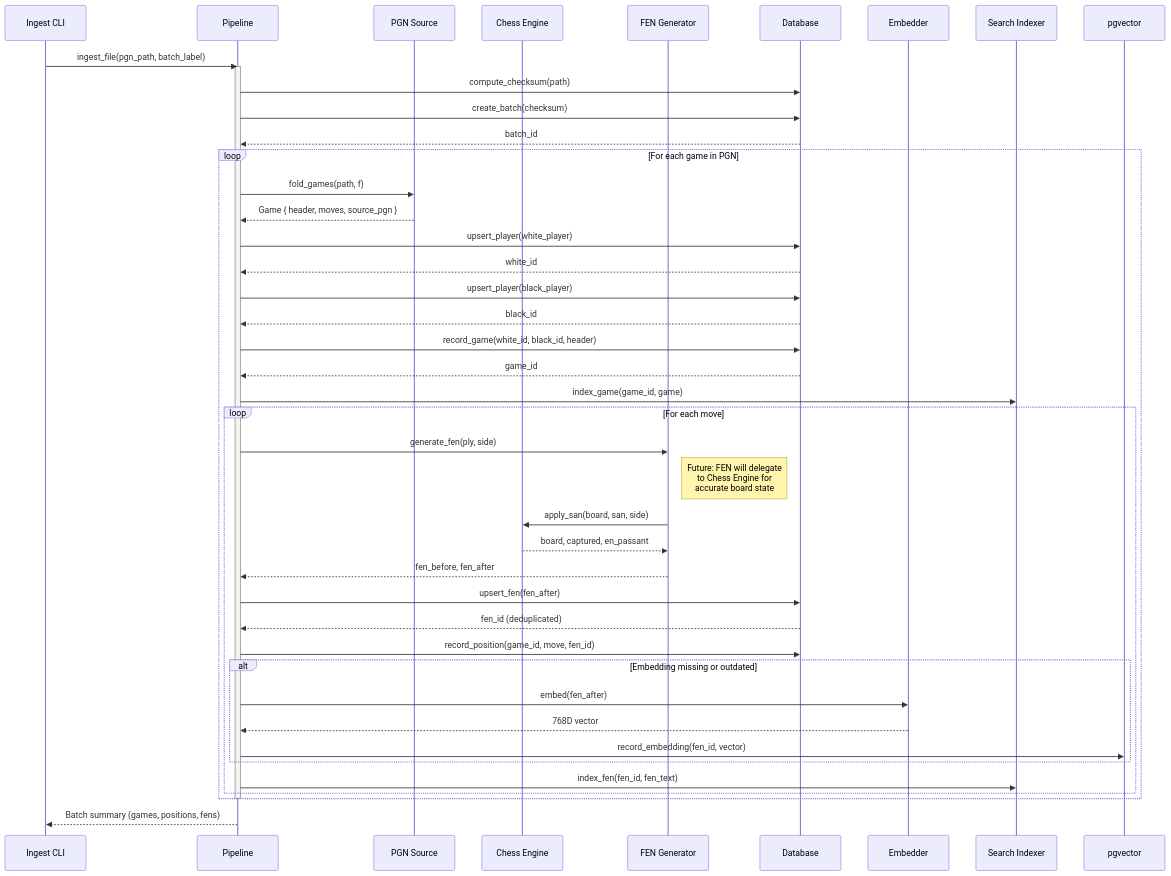
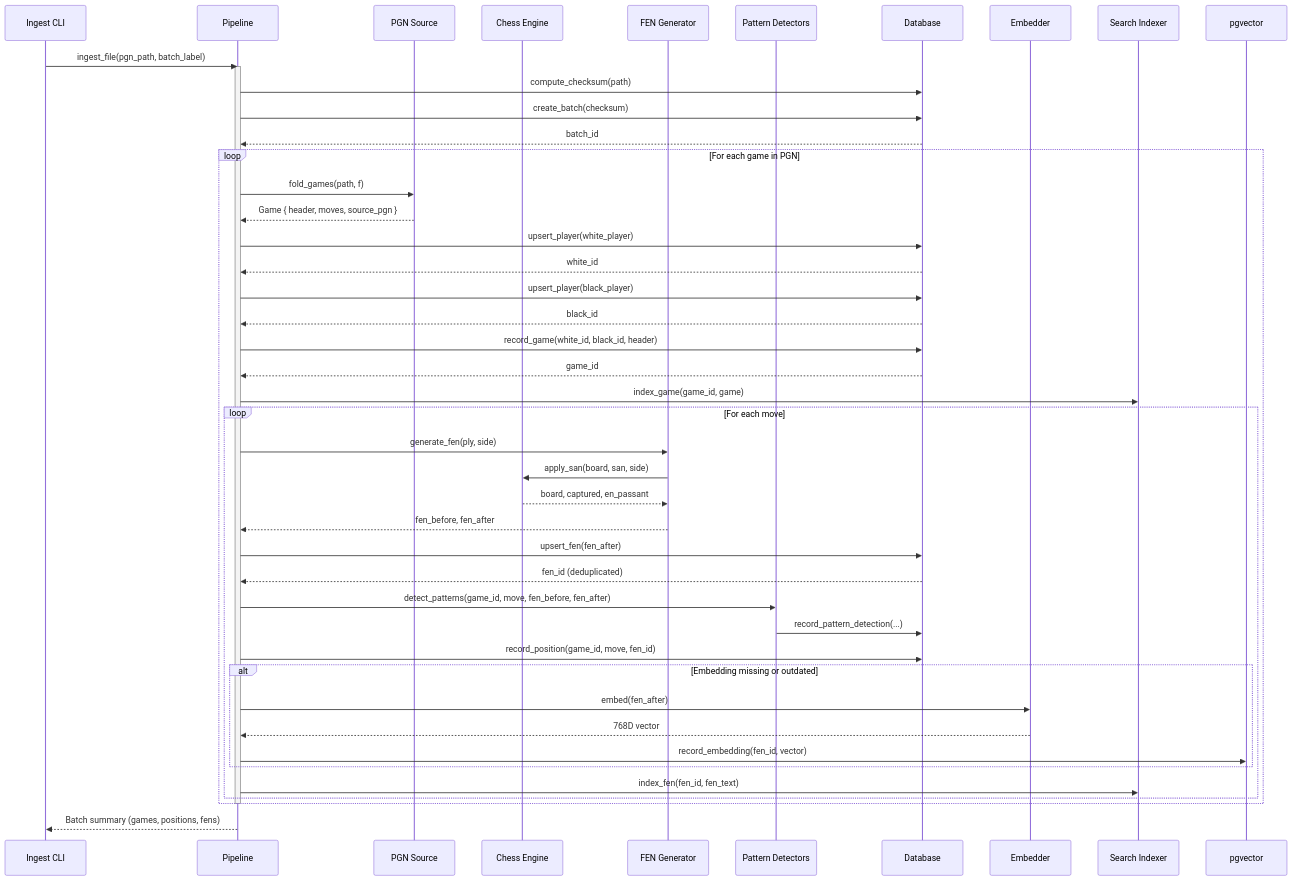
One commit to HendrikReh/chessbuddy changed the second of 4 diagrams in docs/ARCHITECTURE.md. Above: the diagram before and after it, drawn with Mermaid. The commit also changed other lines of this file and 13 other files, not shown here.

````diff
--- a/docs/ARCHITECTURE.md
+++ b/docs/ARCHITECTURE.md
@@ -258,58 +253,61 @@
 ```mermaid
 sequenceDiagram
     participant CLI as Ingest CLI
     participant Pipe as Pipeline
     participant PGN as PGN Source
     participant CHESS as Chess Engine
     participant FEN as FEN Generator
+    participant PAT as Pattern Detectors
     participant DB as Database
     participant EMB as Embedder
     participant IDX as Search Indexer
     participant VEC as pgvector
 
     CLI->>Pipe: ingest_file(pgn_path, batch_label)
 
     activate Pipe
     Pipe->>DB: compute_checksum(path)
     Pipe->>DB: create_batch(checksum)
     DB-->>Pipe: batch_id
 
     loop For each game in PGN
         Pipe->>PGN: fold_games(path, f)
         PGN-->>Pipe: Game { header, moves, source_pgn }
 
         Pipe->>DB: upsert_player(white_player)
         DB-->>Pipe: white_id
         Pipe->>DB: upsert_player(black_player)
         DB-->>Pipe: black_id
 
         Pipe->>DB: record_game(white_id, black_id, header)
         DB-->>Pipe: game_id
 
         Pipe->>IDX: index_game(game_id, game)
 
         loop For each move
             Pipe->>FEN: generate_fen(ply, side)
-            Note right of FEN: Future: FEN will delegate<br/>to Chess Engine for<br/>accurate board state
             FEN->>CHESS: apply_san(board, san, side)
             CHESS-->>FEN: board, captured, en_passant
             FEN-->>Pipe: fen_before, fen_after
 
             Pipe->>DB: upsert_fen(fen_after)
             DB-->>Pipe: fen_id (deduplicated)
+
+            Pipe->>PAT: detect_patterns(game_id, move, fen_before, fen_after)
+            PAT->>DB: record_pattern_detection(...)
 
             Pipe->>DB: record_position(game_id, move, fen_id)
 
             alt Embedding missing or outdated
                 Pipe->>EMB: embed(fen_after)
                 EMB-->>Pipe: 768D vector
                 Pipe->>VEC: record_embedding(fen_id, vector)
             end
 
             Pipe->>IDX: index_fen(fen_id, fen_text)
         end
     end
 
     deactivate Pipe
     Pipe-->>CLI: Batch summary (games, positions, fens)
 ```
````
